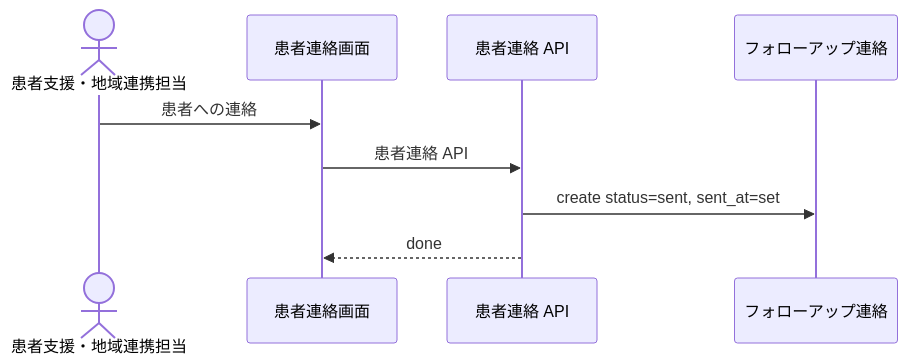
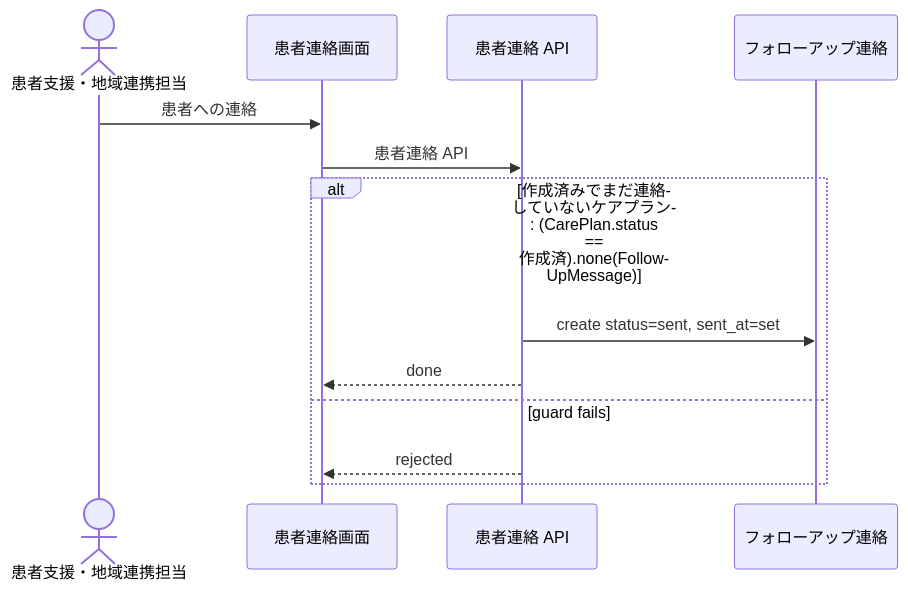
One commit to manji-0/rdra-ish-dsl changed the diagram in samples/clinic-ops/out/uc/sequence_SendFollowUpMessage.mmd. Above: the diagram before and after it, drawn with Mermaid. The commit also changed 13 other files, not shown here.

First line of the commit message:
fix(samples): one follow-up message per open care plan

```diff
--- a/samples/clinic-ops/out/uc/sequence_SendFollowUpMessage.mmd
+++ b/samples/clinic-ops/out/uc/sequence_SendFollowUpMessage.mmd
@@ -1,12 +1,16 @@
 %% rdra-ish diagram=sequence scope=usecase:SendFollowUpMessage model=samples/clinic-ops
 %% kinds: actor screen api entity
-%% omitted: buc step medium permission
+%% omitted: buc step medium permission condition
 sequenceDiagram
   actor actor__CareCoordinator as 患者支援・地域連携担当
   participant screen__PatientMessageScreen as 患者連絡画面
   participant api__SendFollowUpMessageApi as 患者連絡 API
   participant entity__FollowUpMessage as フォローアップ連絡
   actor__CareCoordinator ->> screen__PatientMessageScreen: 患者への連絡
   screen__PatientMessageScreen ->> api__SendFollowUpMessageApi: 患者連絡 API
-  api__SendFollowUpMessageApi ->> entity__FollowUpMessage: create status=sent, sent_at=set
-  api__SendFollowUpMessageApi -->> screen__PatientMessageScreen: done
+  alt 作成済みでまだ連絡していないケアプラン: (CarePlan.status == 作成済).none(FollowUpMessage)
+    api__SendFollowUpMessageApi ->> entity__FollowUpMessage: create status=sent, sent_at=set
+    api__SendFollowUpMessageApi -->> screen__PatientMessageScreen: done
+  else guard fails
+    api__SendFollowUpMessageApi -->> screen__PatientMessageScreen: rejected
+  end
```
